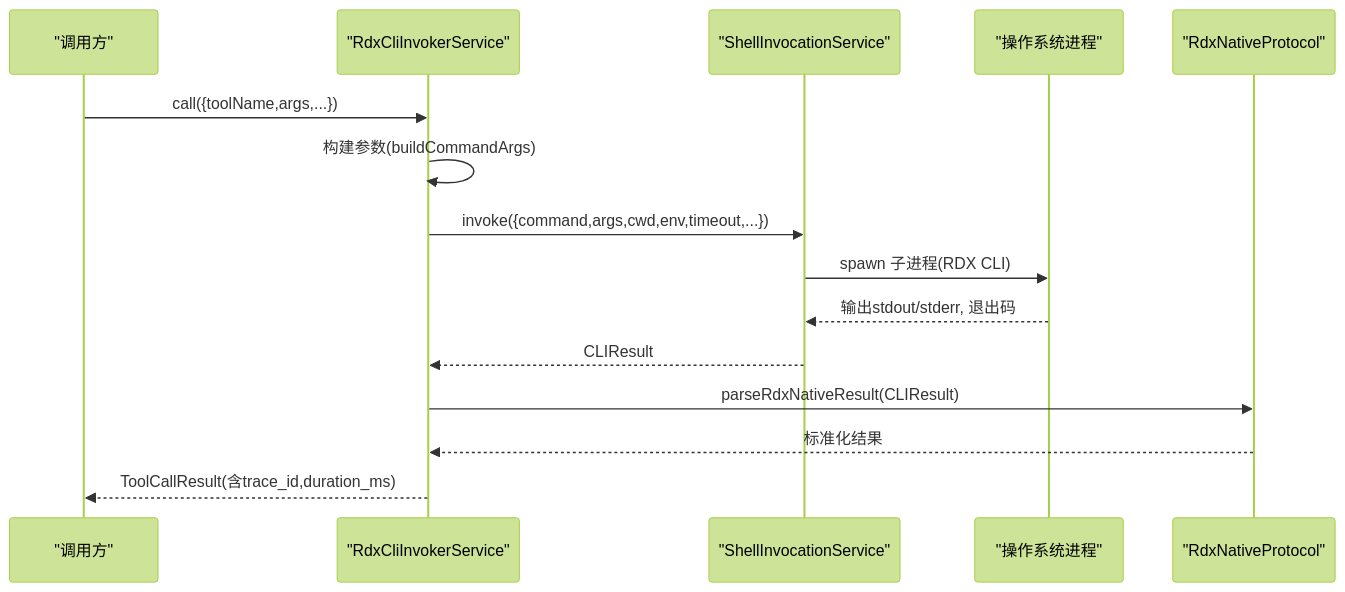
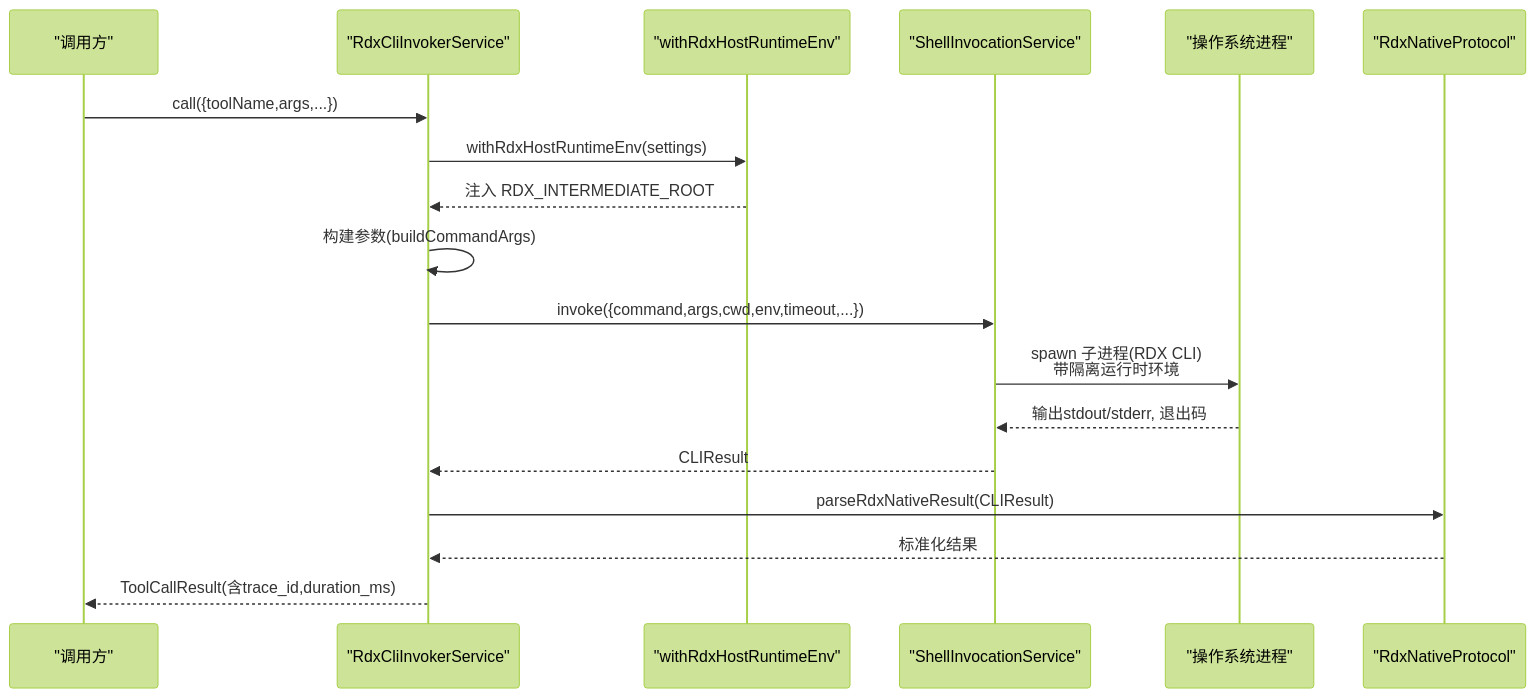
One commit to haolange/RDC-Agent changed the second of 3 diagrams in .qoder/repowiki/zh/content/架构设计/核心组件设计/CLI调用器设计/CLI调用器服务.md. Above: the diagram before and after it, drawn with Mermaid (forest theme). The commit also changed other lines of this file and 28 other files, not shown here.

````diff
--- a/.qoder/repowiki/zh/content/架构设计/核心组件设计/CLI调用器设计/CLI调用器服务.md
+++ b/.qoder/repowiki/zh/content/架构设计/核心组件设计/CLI调用器设计/CLI调用器服务.md
@@ -80,17 +94,20 @@
 ```mermaid
 sequenceDiagram
 participant U as "调用方"
 participant S as "RdxCliInvokerService"
+participant E as "withRdxHostRuntimeEnv"
 participant P as "ShellInvocationService"
 participant OS as "操作系统进程"
 participant N as "RdxNativeProtocol"
 U->>S : call({toolName,args,...})
+S->>E : withRdxHostRuntimeEnv(settings)
+E-->>S : 注入 RDX_INTERMEDIATE_ROOT
 S->>S : 构建参数(buildCommandArgs)
 S->>P : invoke({command,args,cwd,env,timeout,...})
-P->>OS : spawn 子进程(RDX CLI)
+P->>OS : spawn 子进程(RDX CLI)<br/>带隔离运行时环境
 OS-->>P : 输出stdout/stderr, 退出码
 P-->>S : CLIResult
 S->>N : parseRdxNativeResult(CLIResult)
 N-->>S : 标准化结果
 S-->>U : ToolCallResult(含trace_id,duration_ms)
 ```
````
